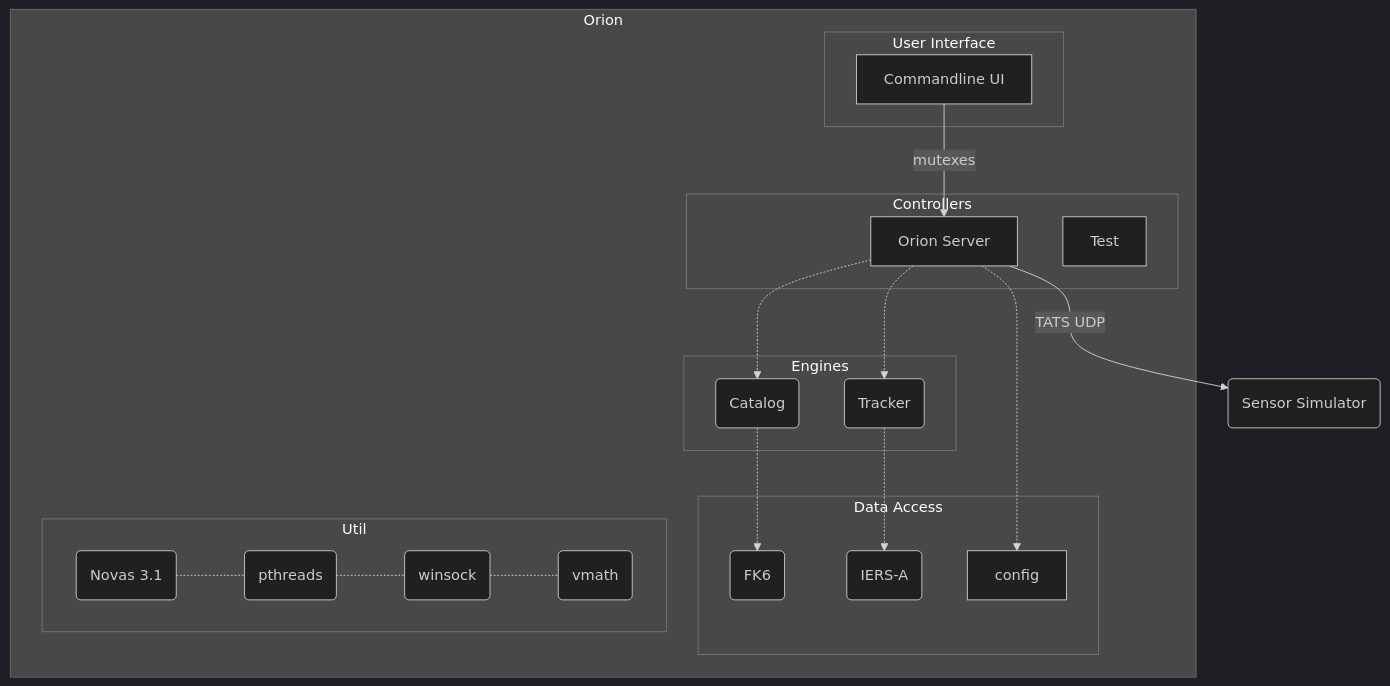
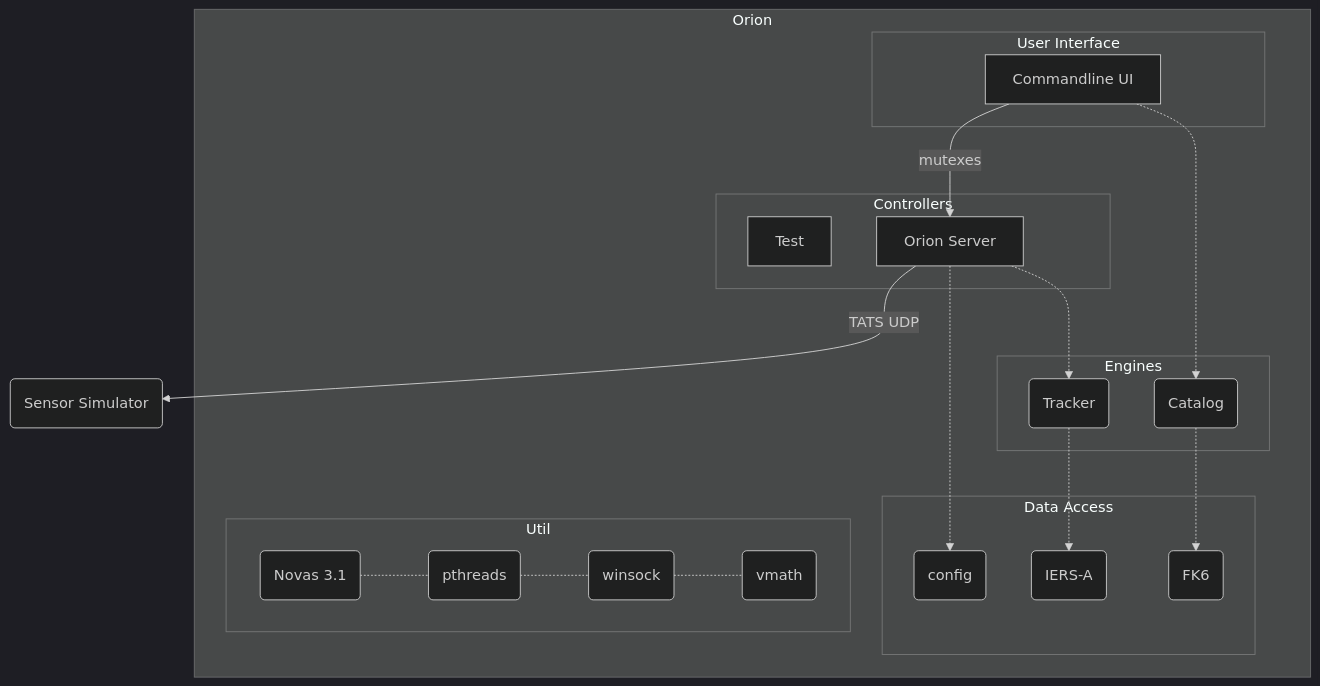
The diagram in docs/diagrams/novas.mmd (caseyshields/Orion), drawn with Mermaid (dark theme) before and after one commit. The commit also changed 6 other files, not shown here.

First line of the commit message:
fixed component diagram

```diff
--- a/docs/diagrams/novas.mmd
+++ b/docs/diagrams/novas.mmd
@@ -1,40 +1,40 @@
 graph TB
 simulator(Sensor Simulator)
 subgraph Orion
 subgraph User Interface
 ui[Commandline UI]
 end
 subgraph Controllers
+test[Test]
 orion[Orion Server]
-test[Test]
 end
 subgraph Engines
 catalog(Catalog)
 tracker(Tracker)
 end
 subgraph Data Access
+config(config)
 fk6(FK6)
 iers(IERS-A)
-config
 end
 subgraph Util
 novas(Novas 3.1)
 sockets(winsock)
 pthreads(pthreads)
 vmath(vmath)
 end
 end
 
 ui-- mutexes -->orion
+ui-.->catalog
 
-orion-.->catalog
+orion-- TATS UDP -->simulator
+orion-.->config
 orion-.->tracker
-orion-.->config
-orion-- TATS UDP -->simulator
 
 tracker-.->iers
 catalog-.->fk6
 
 novas-.-pthreads
 pthreads-.-sockets
 sockets-.-vmath
```
